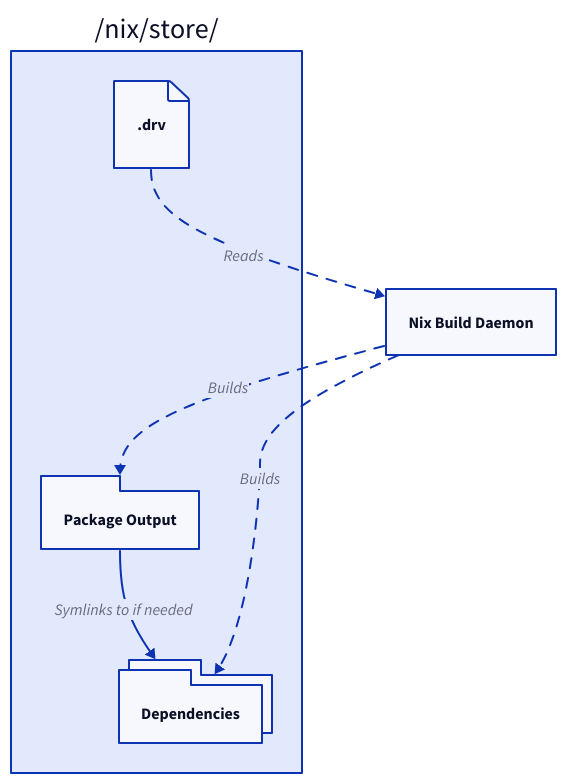
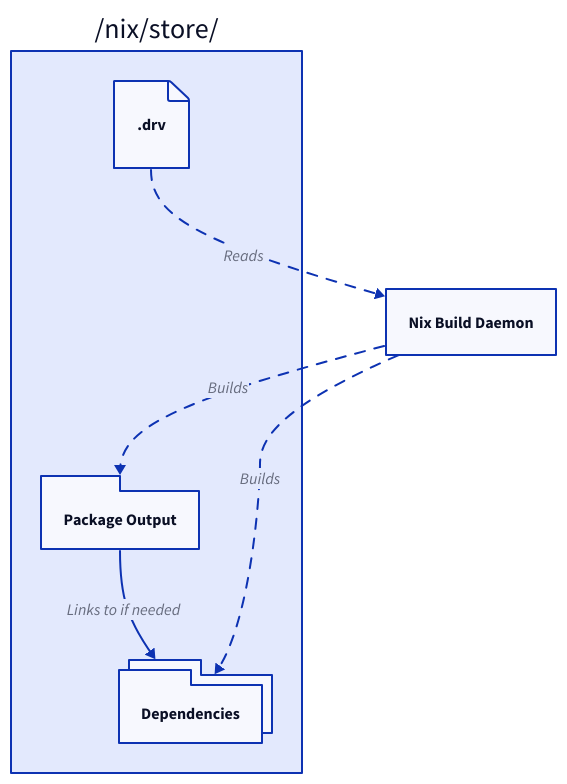
Before and after one commit to Bwc9876/dgang: the second of 8 diagrams in src/content/docs/chapters/5.mdx, drawn with D2. The commit also changed 7 other files, not shown here.

````diff
--- a/src/content/docs/chapters/5.mdx
+++ b/src/content/docs/chapters/5.mdx
@@ -88,22 +88,22 @@
 ```d2
 "/nix/store/": {
   ".drv": {
     shape: page
   }
 
   "Package Output": {
     shape: package
   }
 
   "Dependencies": {
     shape: package
     style.multiple: true
   }
 
-  "Package Output" -> "Dependencies": Symlinks to if needed
+  "Package Output" -> "Dependencies": Links to if needed
 }
 
 "/nix/store/".".drv" -> "Nix Build Daemon": Reads {style.animated: true}
 "Nix Build Daemon" -> "/nix/store/"."Dependencies": Builds {style.animated: true}
 "Nix Build Daemon" -> "/nix/store/"."Package Output": Builds {style.animated: true}
 ```
````
